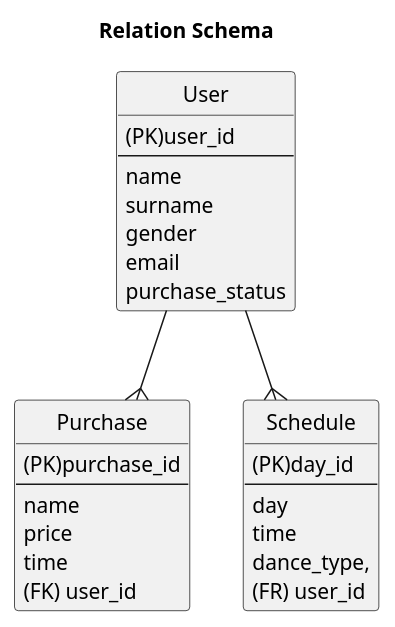
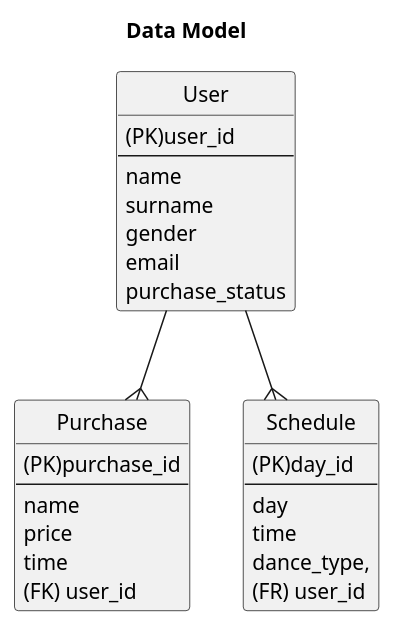
One commit to oleksandrblazhko/ai202-barkar changed the diagram in 2-SoftwareDesign/2.7-PlantUML/DataModel.puml. Above: the diagram before and after it, drawn with PlantUML.

```diff
--- a/2-SoftwareDesign/2.7-PlantUML/DataModel.puml
+++ b/2-SoftwareDesign/2.7-PlantUML/DataModel.puml
@@ -1,37 +1,37 @@
 @startuml
 
-title Relation Schema
+title Data Model
 hide circle
 
 entity "User" as user {
 (PK)user_id
 --
 name
 surname
 gender
 email
 purchase_status
 }
 
 entity "Purchase" as purchase {
 (PK)purchase_id
 --
 name
 price
 time
 (FK) user_id
 }
 
 entity "Schedule" as schedule {
 (PK)day_id
 --
 day
 time
 dance_type,
 (FR) user_id
 }
 
 user --{ purchase
 user --{ schedule
 
 @enduml
```
